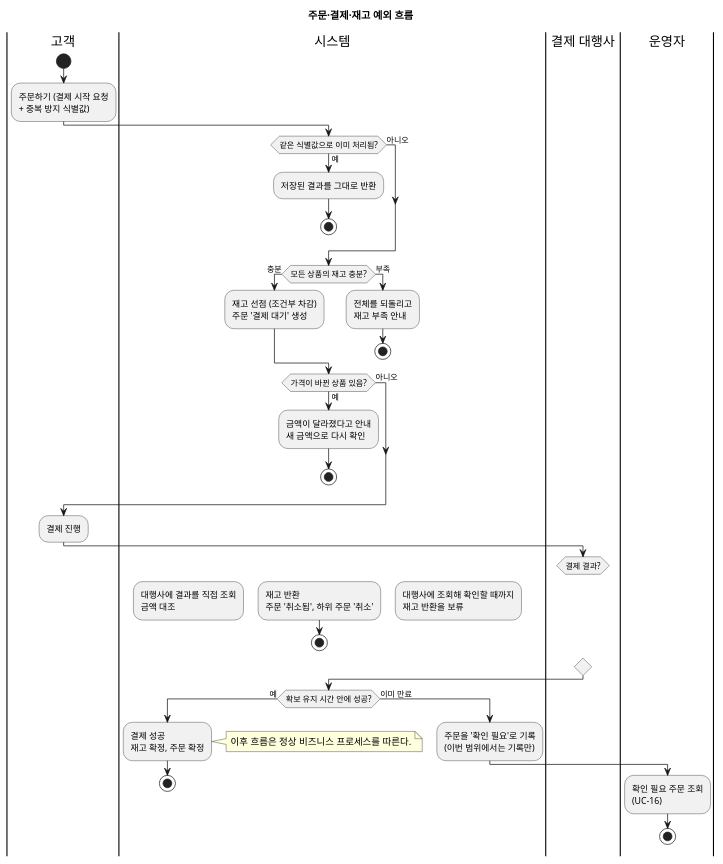
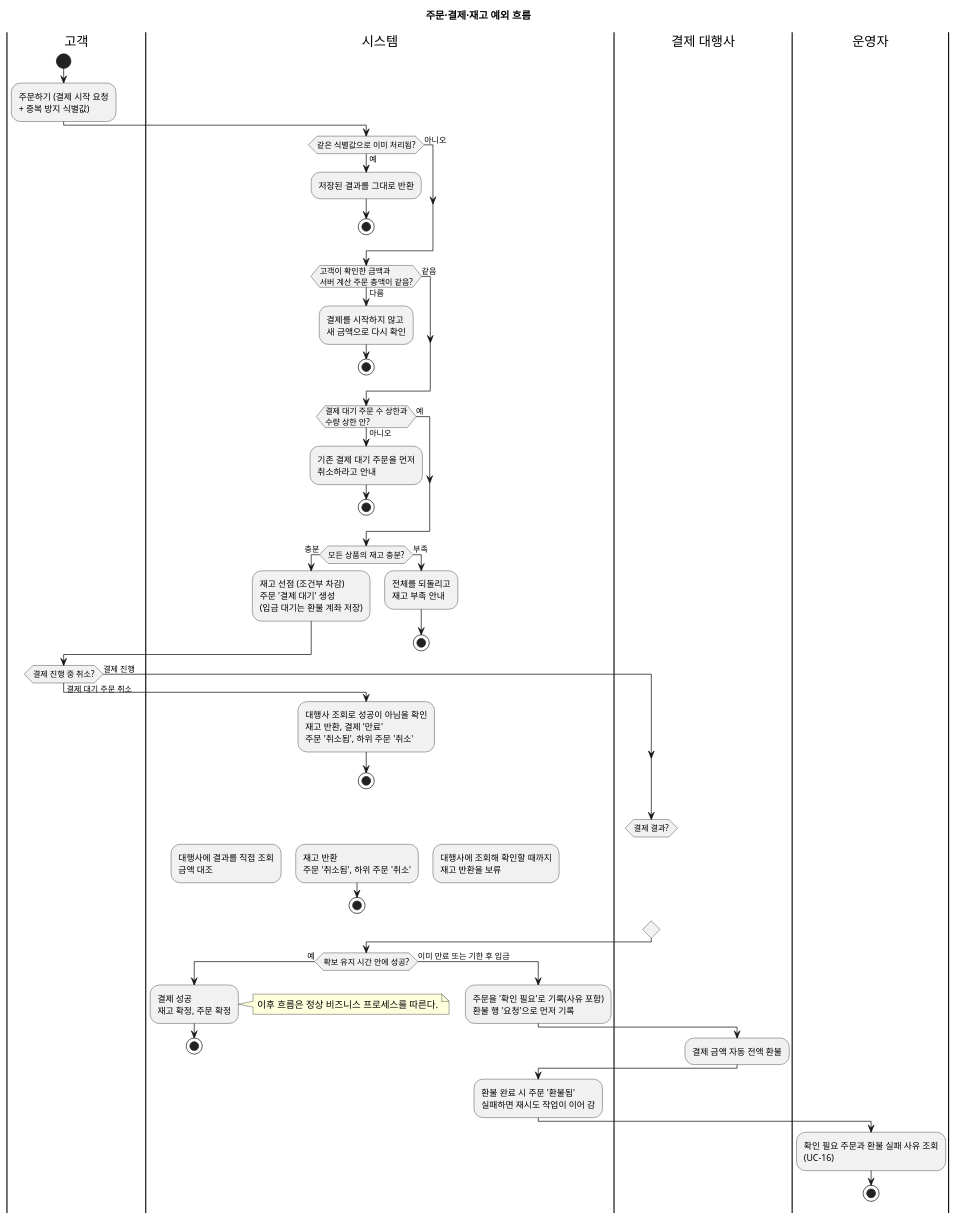
One commit to parknahyun/shopflow changed the diagram in specs/001-multiseller-commerce-core/diagrams/business-process-exceptions.puml. Above: the diagram before and after it, drawn with PlantUML. The commit also changed 17 other files, not shown here.

```diff
--- a/specs/001-multiseller-commerce-core/diagrams/business-process-exceptions.puml
+++ b/specs/001-multiseller-commerce-core/diagrams/business-process-exceptions.puml
@@ -1,60 +1,75 @@
 @startuml
 ' 비즈니스 프로세스: 주문·결제·재고의 실패, 취소, 만료 흐름
 ' 근거: specs/001-multiseller-commerce-core/spec.md (사용자 스토리 3, 5와 엣지 케이스)
 title 주문·결제·재고 예외 흐름
 
 |고객|
 start
 :주문하기 (결제 시작 요청\n+ 중복 방지 식별값);
 
 |시스템|
 if (같은 식별값으로 이미 처리됨?) then (예)
   :저장된 결과를 그대로 반환;
   stop
 else (아니오)
 endif
 
+if (고객이 확인한 금액과\n서버 계산 주문 총액이 같음?) then (같음)
+else (다름)
+  :결제를 시작하지 않고\n새 금액으로 다시 확인;
+  stop
+endif
+
+if (결제 대기 주문 수 상한과\n수량 상한 안?) then (예)
+else (아니오)
+  :기존 결제 대기 주문을 먼저\n취소하라고 안내;
+  stop
+endif
+
 if (모든 상품의 재고 충분?) then (충분)
-  :재고 선점 (조건부 차감)\n주문 '결제 대기' 생성;
+  :재고 선점 (조건부 차감)\n주문 '결제 대기' 생성\n(입금 대기는 환불 계좌 저장);
 else (부족)
   :전체를 되돌리고\n재고 부족 안내;
   stop
 endif
 
-if (가격이 바뀐 상품 있음?) then (예)
-  :금액이 달라졌다고 안내\n새 금액으로 다시 확인;
+|고객|
+if (결제 진행 중 취소?) then (결제 대기 주문 취소)
+  |시스템|
+  :대행사 조회로 성공이 아님을 확인\n재고 반환, 결제 '만료'\n주문 '취소됨', 하위 주문 '취소';
   stop
-else (아니오)
+else (결제 진행)
 endif
-
-|고객|
-:결제 진행;
 
 |결제 대행사|
 switch (결제 결과?)
 case (성공)
   |시스템|
   :대행사에 결과를 직접 조회\n금액 대조;
 case (실패)
   |시스템|
   :재고 반환\n주문 '취소됨', 하위 주문 '취소';
   stop
 case (시간 초과·결과 모름)
   |시스템|
   :대행사에 조회해 확인할 때까지\n재고 반환을 보류;
 endswitch
 
 |시스템|
 if (확보 유지 시간 안에 성공?) then (예)
   :결제 성공\n재고 확정, 주문 확정;
   note right
     이후 흐름은 정상 비즈니스 프로세스를 따른다.
   end note
   stop
-else (이미 만료)
-  :주문을 '확인 필요'로 기록\n(이번 범위에서는 기록만);
+else (이미 만료 또는 기한 후 입금)
+  :주문을 '확인 필요'로 기록(사유 포함)\n환불 행 '요청'으로 먼저 기록;
+  |결제 대행사|
+  :결제 금액 자동 전액 환불;
+  |시스템|
+  :환불 완료 시 주문 '환불됨'\n실패하면 재시도 작업이 이어 감;
   |운영자|
-  :확인 필요 주문 조회\n(UC-16);
+  :확인 필요 주문과 환불 실패 사유 조회\n(UC-16);
   stop
 endif
 @enduml
```
